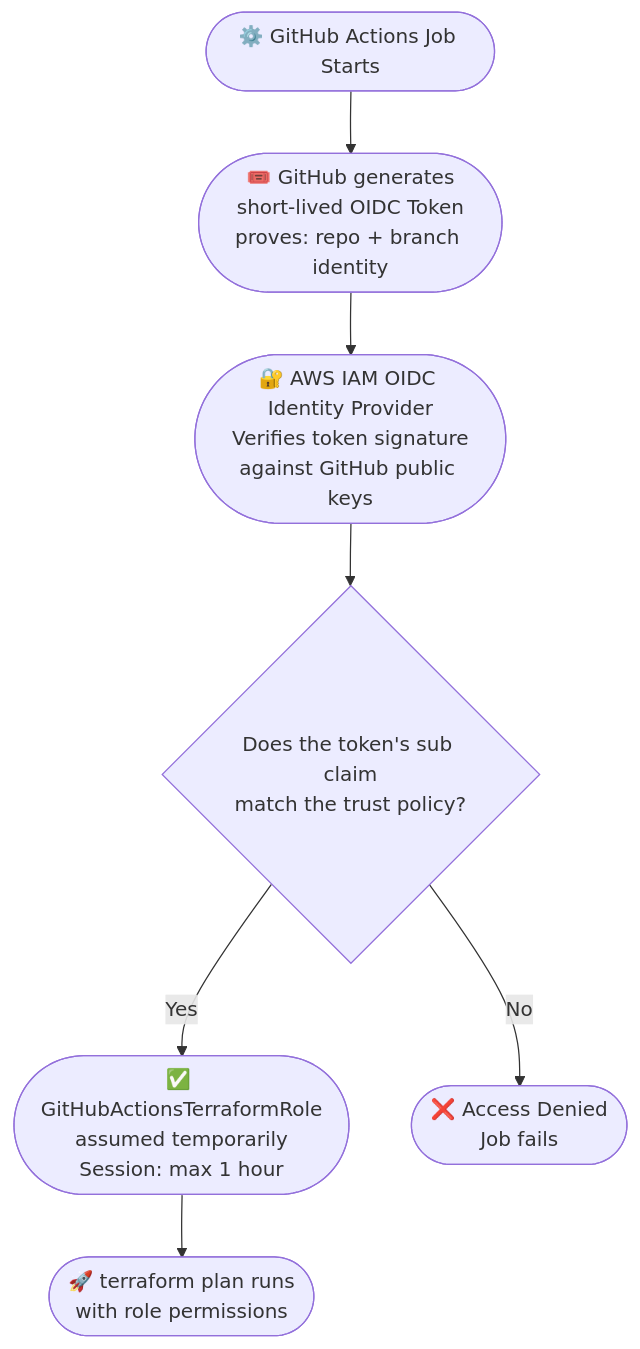
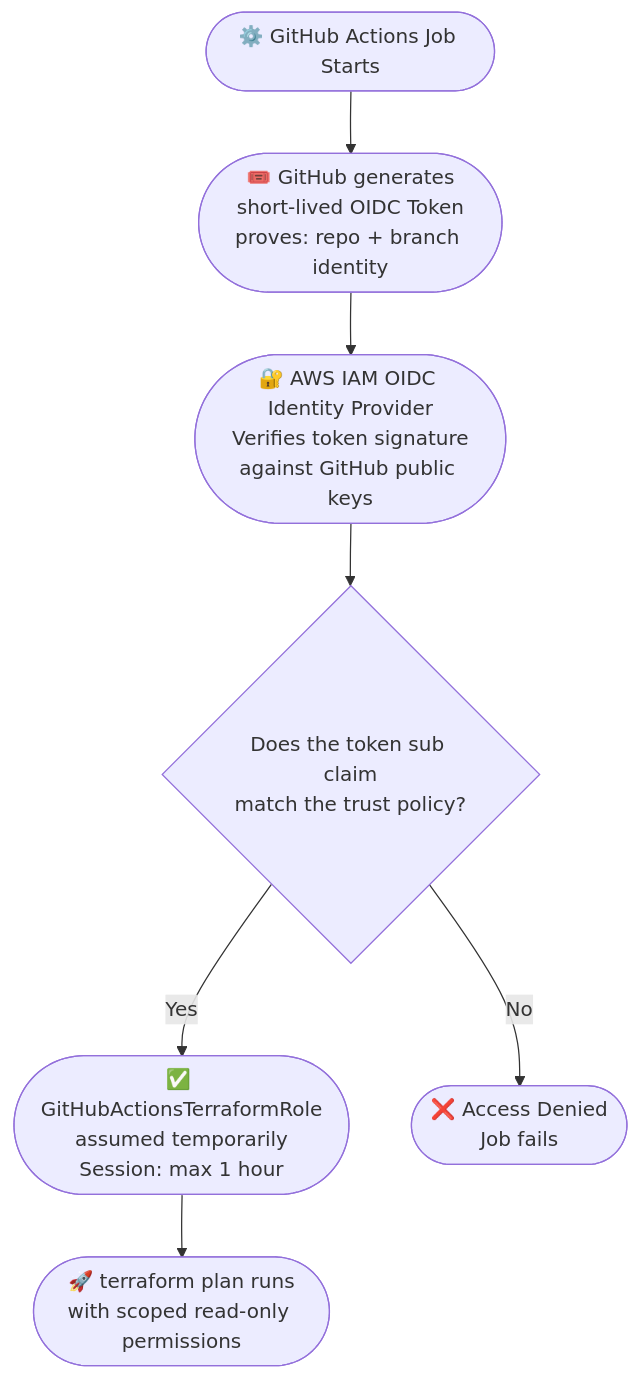
One commit to ADDYY27/terraform-aws-infrastructure changed the fifth of 5 diagrams in README.md. Above: the diagram before and after it, drawn with Mermaid. The commit also changed other lines of this file and 3 other files, not shown here.

````diff
--- a/README.md
+++ b/README.md
@@ -280,18 +340,18 @@
 ```mermaid
 flowchart TD
     A(["⚙️ GitHub Actions Job Starts"]) --> B
 
     B(["🎟️ GitHub generates\nshort-lived OIDC Token\nproves: repo + branch identity"]) --> C
 
     C(["🔐 AWS IAM OIDC Identity Provider\nVerifies token signature\nagainst GitHub public keys"]) --> D
 
-    D{"Does the token's sub claim\nmatch the trust policy?"}
+    D{"Does the token sub claim\nmatch the trust policy?"}
 
     D -->|Yes| E
     D -->|No| F
 
     E(["✅ GitHubActionsTerraformRole\nassumed temporarily\nSession: max 1 hour"])
     F(["❌ Access Denied\nJob fails"])
 
-    E --> G(["🚀 terraform plan runs\nwith role permissions"])
+    E --> G(["🚀 terraform plan runs\nwith scoped read-only permissions"])
 ```
````
